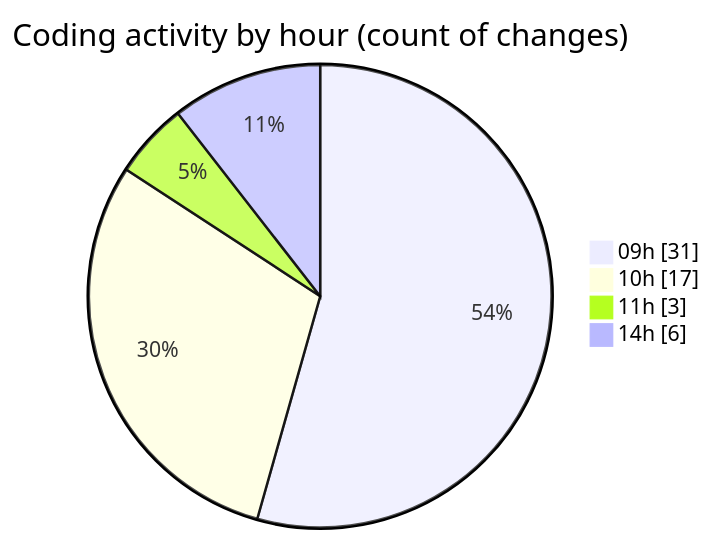
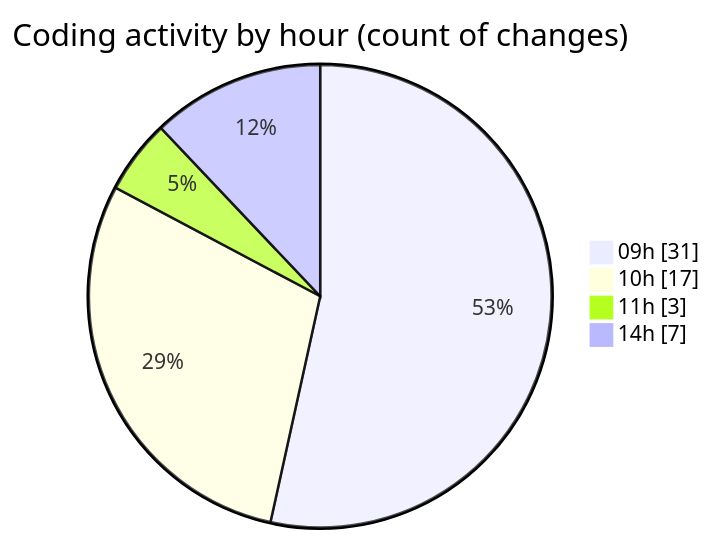
The second of 2 diagrams in 2025-03-05/termonied_testador/README.md (robertbonfada/code-tracking), drawn with Mermaid before and after one commit. The commit also changed other lines of this file and 1 other file, not shown here.

````diff
--- a/2025-03-05/termonied_testador/README.md
+++ b/2025-03-05/termonied_testador/README.md
@@ -38,8 +38,8 @@
 ```mermaid
 pie showData
 title Coding activity by hour (count of changes)
 "09h" : 31
 "10h" : 17
 "11h" : 3
-"14h" : 6
+"14h" : 7
 ```
````
